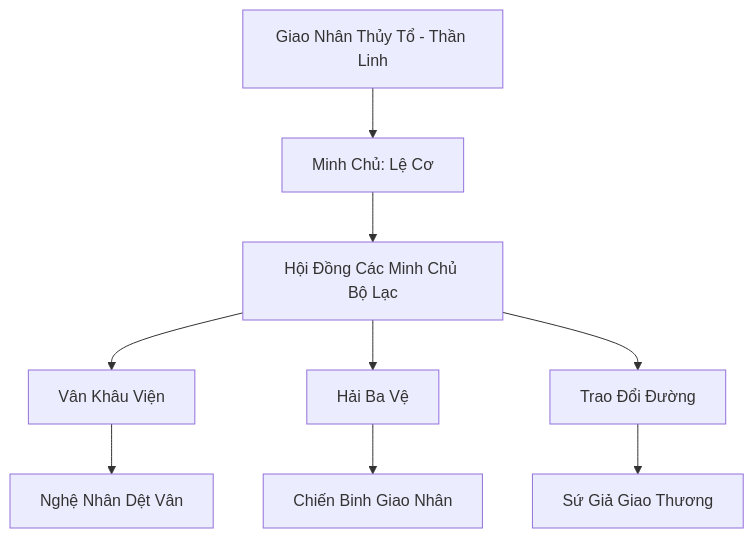
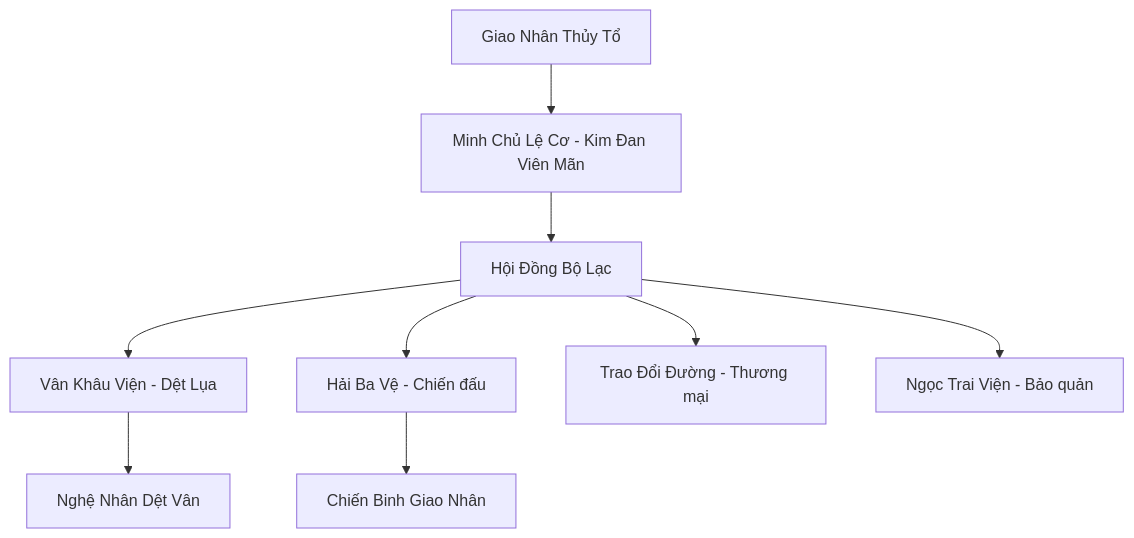
Before and after one commit to Sampi314/Obsidian_Novel_v2: the first of 2 diagrams in Đạo/Thế_Lực/Vô_Tận_Hải/Giao_Nhân_Tộc_Liên_Minh.md, drawn with Mermaid. The commit also changed other lines of this file and 1 other file, not shown here.

Commit message:
Mở rộng hồ sơ Cự Kình Bảo và Giao Nhân Tộc Liên Minh (Vô Tận Hải)

````diff
--- a/Đạo/Thế_Lực/Vô_Tận_Hải/Giao_Nhân_Tộc_Liên_Minh.md
+++ b/Đạo/Thế_Lực/Vô_Tận_Hải/Giao_Nhân_Tộc_Liên_Minh.md
@@ -97,11 +97,11 @@
 ```mermaid
 graph TD
-    GNTZ[Giao Nhân Thủy Tổ - Thần Linh] --> MC[Minh Chủ: Lệ Cơ]
-    MC --> HDCM[Hội Đồng Các Minh Chủ Bộ Lạc]
-    HDCM --> VKV[Vân Khâu Viện]
-    HDCM --> HBV[Hải Ba Vệ]
-    HDCM --> THD[Trao Đổi Đường]
+    GNTZ[Giao Nhân Thủy Tổ] --> MC[Minh Chủ Lệ Cơ - Kim Đan Viên Mãn]
+    MC --> HDBL[Hội Đồng Bộ Lạc]
+    HDBL --> VKV[Vân Khâu Viện - Dệt Lụa]
+    HDBL --> HBV[Hải Ba Vệ - Chiến đấu]
+    HDBL --> TĐĐ[Trao Đổi Đường - Thương mại]
+    HDBL --> NTV[Ngọc Trai Viện - Bảo quản]
     VKV --> NT[Nghệ Nhân Dệt Vân]
     HBV --> CB[Chiến Binh Giao Nhân]
-    THD --> SG[Sứ Giả Giao Thương]
 ```
````
